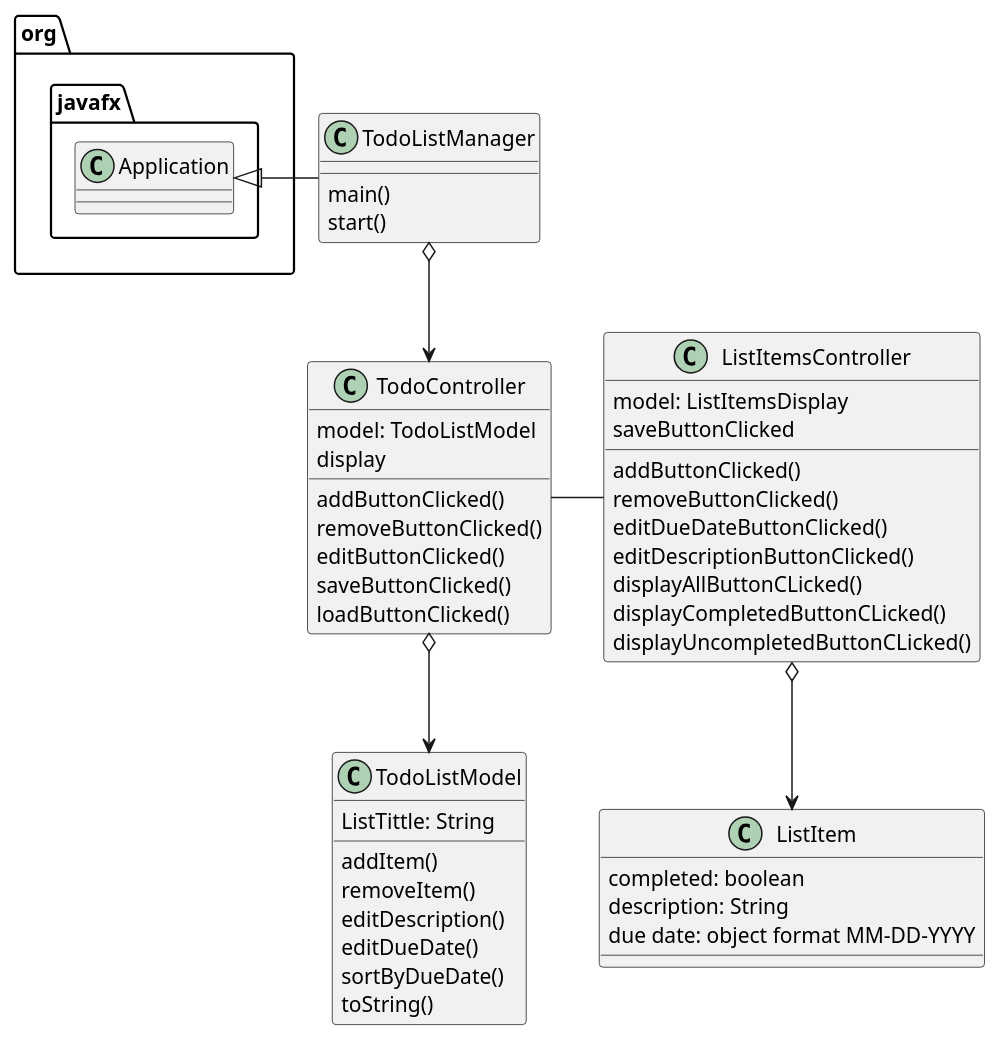
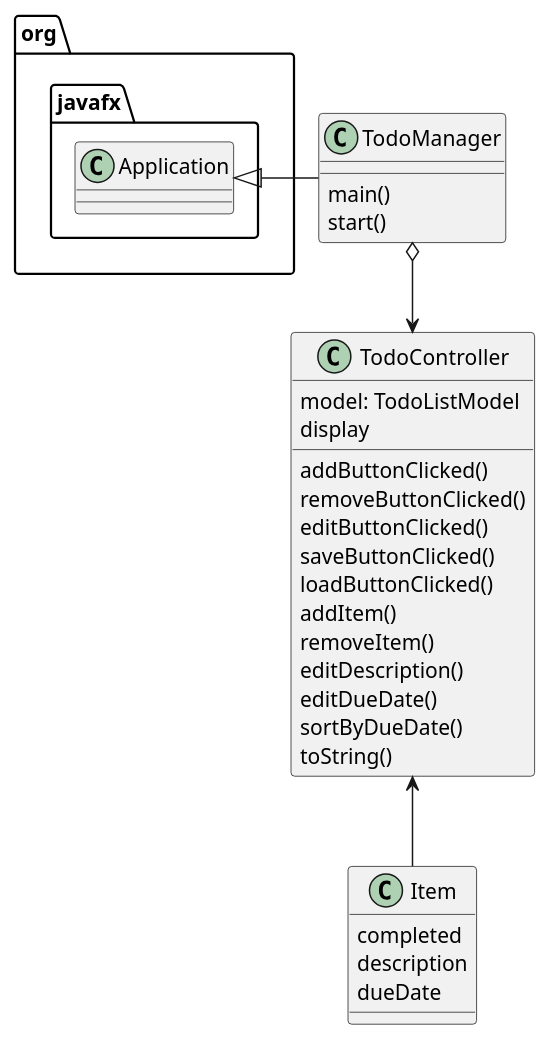
Before and after one commit to Lino437/gonzalez-cop3330-assignment4part2: the diagram in uml/App.puml, drawn with PlantUML. The commit also changed 13 other files, not shown here.

```diff
--- a/uml/App.puml
+++ b/uml/App.puml
@@ -1,59 +1,38 @@
 @startuml
 'https://plantuml.com/class-diagram
 
-class TodoListManager {
+class TodoManager {
     main()
     start()
 }
 
 class TodoController{
     model: TodoListModel
     'javafx event handlers
     addButtonClicked()
     removeButtonClicked()
     editButtonClicked()
     saveButtonClicked()
     loadButtonClicked()
     display
+        addItem()
+        removeItem()
+        editDescription()
+        editDueDate()
+        sortByDueDate()
+        toString()
 }
 
-class ListItemsController{
-    model: ListItemsDisplay
-    'javafx event handlers
-    addButtonClicked()
-    removeButtonClicked()
-    editDueDateButtonClicked()
-    editDescriptionButtonClicked()
-    displayAllButtonCLicked()
-    displayCompletedButtonCLicked()
-    displayUncompletedButtonCLicked()
-    saveButtonClicked
-
+class Item {
+    completed
+    description
+    dueDate
 }
 
-class TodoListModel {
-    ListTittle: String
-
-    addItem()
-    removeItem()
-    editDescription()
-    editDueDate()
-    sortByDueDate()
-    toString()
-}
-
-class ListItem {
-    completed: boolean
-    description: String
-    due date: object format MM-DD-YYYY
-}
-
-org.javafx.Application <|- TodoListManager
-TodoListManager o--> TodoController
-TodoController - ListItemsController
-TodoController o--> TodoListModel
-ListItemsController o--> ListItem
+org.javafx.Application <|- TodoManager
+TodoManager o--> TodoController
+TodoController <-- Item
 
 
 
 @enduml
```
